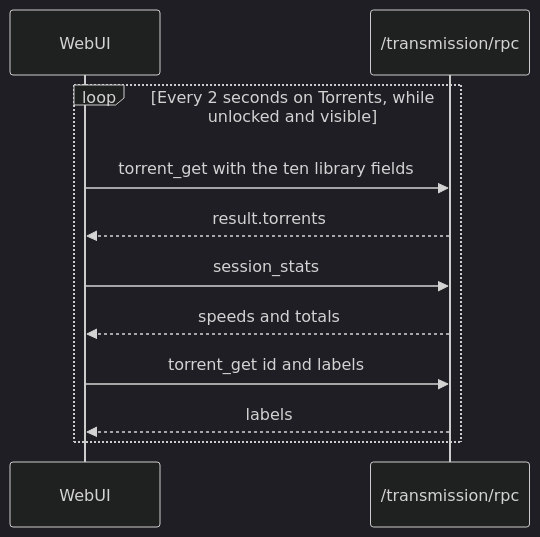
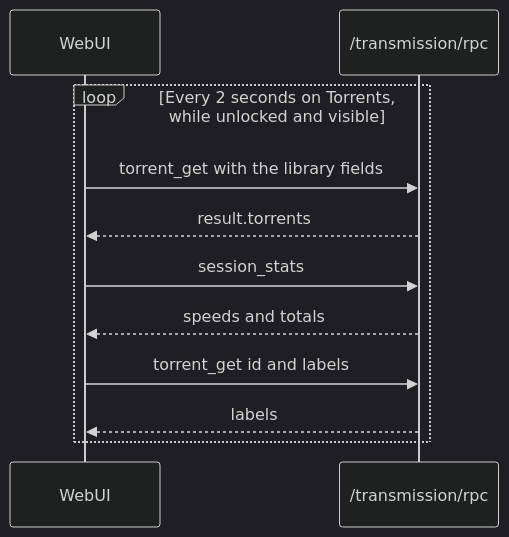
The sixth of 6 diagrams in Design/transmission-webui.md (schleising/transmission-webui), drawn with Mermaid (dark theme) before and after one commit. The commit also changed other lines of this file and 6 other files, not shown here.

````diff
--- a/Design/transmission-webui.md
+++ b/Design/transmission-webui.md
@@ -313,14 +313,14 @@
 ```mermaid
 sequenceDiagram
   participant UI as WebUI
   participant RPC as /transmission/rpc
 
   loop Every 2 seconds on Torrents, while unlocked and visible
-    UI->>RPC: torrent_get with the ten library fields
+    UI->>RPC: torrent_get with the library fields
     RPC-->>UI: result.torrents
     UI->>RPC: session_stats
     RPC-->>UI: speeds and totals
     UI->>RPC: torrent_get id and labels
     RPC-->>UI: labels
   end
 ```
````
